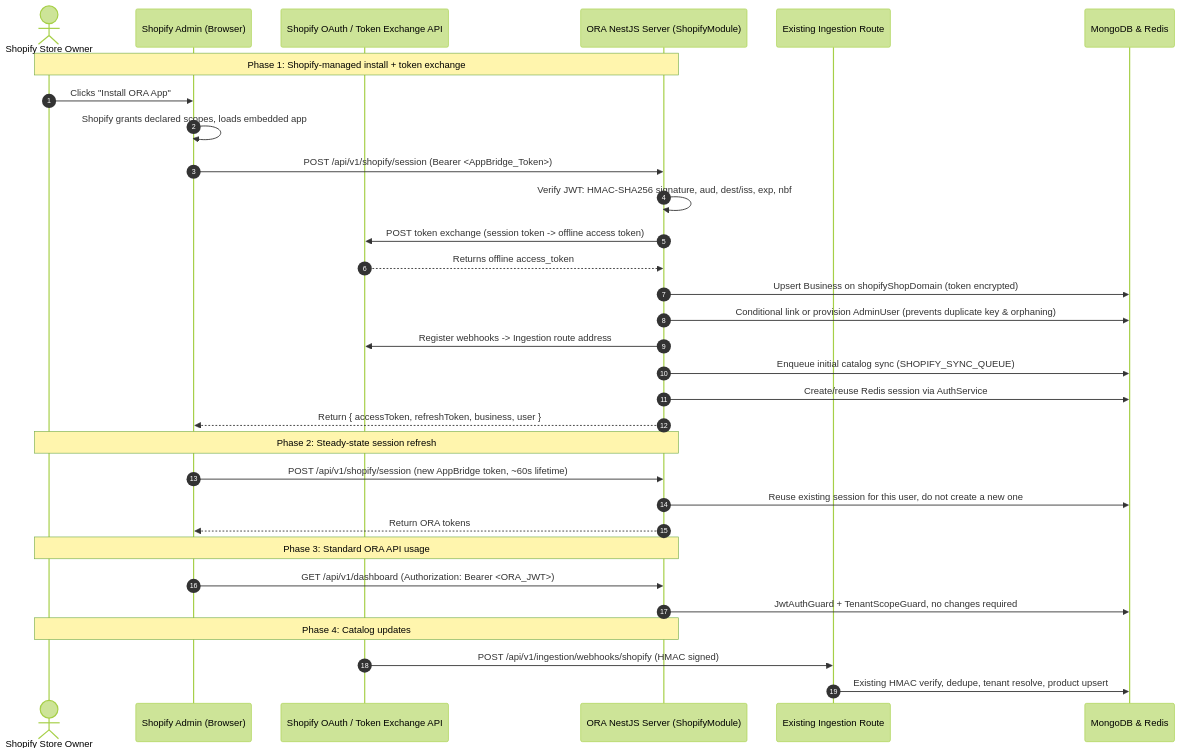
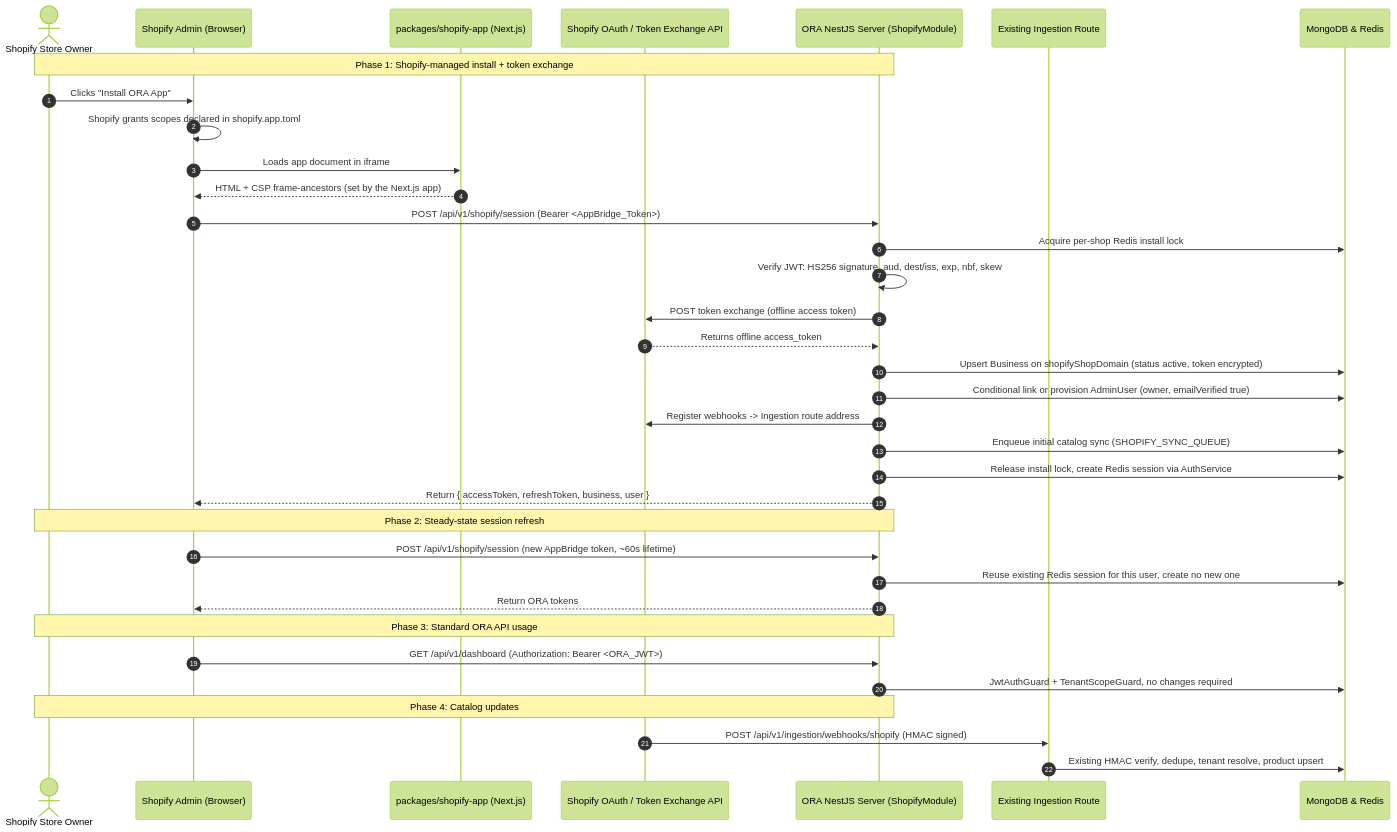
One commit to EnamulBokshi/Ora-voice-agent changed the diagram in docs/shopify-embedded-app-plan.md. Above: the diagram before and after it, drawn with Mermaid (forest theme). The commit also changed other lines of this file and 49 other files, not shown here.

Commit message:
feat: implement Shopify embedded app integration including billing provider, session management, and synchronization services

````diff
--- a/docs/shopify-embedded-app-plan.md
+++ b/docs/shopify-embedded-app-plan.md
@@ -48,37 +68,41 @@
 ```mermaid
 sequenceDiagram
     autonumber
     actor Merchant as Shopify Store Owner
     participant ShopifyAdmin as Shopify Admin (Browser)
+    participant EmbeddedApp as packages/shopify-app (Next.js)
     participant ShopifyAuth as Shopify OAuth / Token Exchange API
     participant OraServer as ORA NestJS Server (ShopifyModule)
     participant Ingestion as Existing Ingestion Route
     participant DB as MongoDB & Redis
 
     Note over Merchant,OraServer: Phase 1: Shopify-managed install + token exchange
     Merchant->>ShopifyAdmin: Clicks "Install ORA App"
-    ShopifyAdmin->>ShopifyAdmin: Shopify grants declared scopes, loads embedded app
+    ShopifyAdmin->>ShopifyAdmin: Shopify grants scopes declared in shopify.app.toml
+    ShopifyAdmin->>EmbeddedApp: Loads app document in iframe
+    EmbeddedApp-->>ShopifyAdmin: HTML + CSP frame-ancestors (set by the Next.js app)
     ShopifyAdmin->>OraServer: POST /api/v1/shopify/session (Bearer <AppBridge_Token>)
-    OraServer->>OraServer: Verify JWT: HMAC-SHA256 signature, aud, dest/iss, exp, nbf
-    OraServer->>ShopifyAuth: POST token exchange (session token -> offline access token)
+    OraServer->>DB: Acquire per-shop Redis install lock
+    OraServer->>OraServer: Verify JWT: HS256 signature, aud, dest/iss, exp, nbf, skew
+    OraServer->>ShopifyAuth: POST token exchange (offline access token)
     ShopifyAuth-->>OraServer: Returns offline access_token
-    OraServer->>DB: Upsert Business on shopifyShopDomain (token encrypted)
-    OraServer->>DB: Conditional link or provision AdminUser (prevents duplicate key & orphaning)
+    OraServer->>DB: Upsert Business on shopifyShopDomain (status active, token encrypted)
+    OraServer->>DB: Conditional link or provision AdminUser (owner, emailVerified true)
     OraServer->>ShopifyAuth: Register webhooks -> Ingestion route address
     OraServer->>DB: Enqueue initial catalog sync (SHOPIFY_SYNC_QUEUE)
-    OraServer->>DB: Create/reuse Redis session via AuthService
+    OraServer->>DB: Release install lock, create Redis session via AuthService
     OraServer-->>ShopifyAdmin: Return { accessToken, refreshToken, business, user }
 
     Note over Merchant,OraServer: Phase 2: Steady-state session refresh
     ShopifyAdmin->>OraServer: POST /api/v1/shopify/session (new AppBridge token, ~60s lifetime)
-    OraServer->>DB: Reuse existing session for this user, do not create a new one
+    OraServer->>DB: Reuse existing Redis session for this user, create no new one
     OraServer-->>ShopifyAdmin: Return ORA tokens
 
     Note over Merchant,OraServer: Phase 3: Standard ORA API usage
     ShopifyAdmin->>OraServer: GET /api/v1/dashboard (Authorization: Bearer <ORA_JWT>)
     OraServer->>DB: JwtAuthGuard + TenantScopeGuard, no changes required
 
     Note over Merchant,OraServer: Phase 4: Catalog updates
     ShopifyAuth->>Ingestion: POST /api/v1/ingestion/webhooks/shopify (HMAC signed)
     Ingestion->>DB: Existing HMAC verify, dedupe, tenant resolve, product upsert
 ```
````
